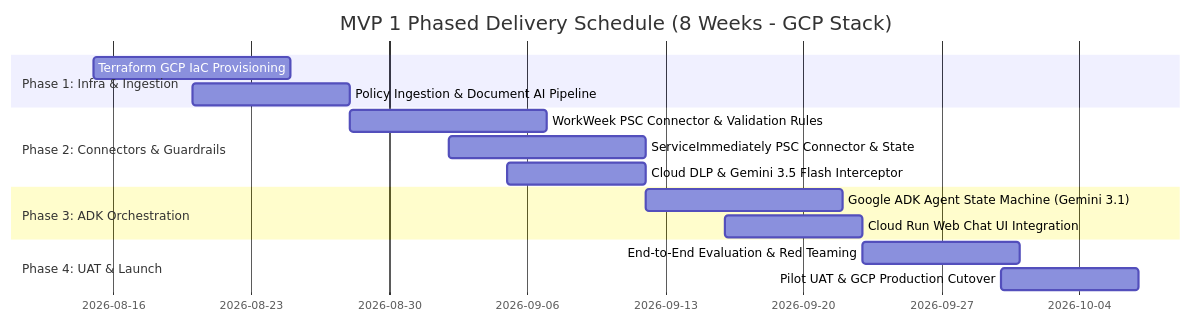
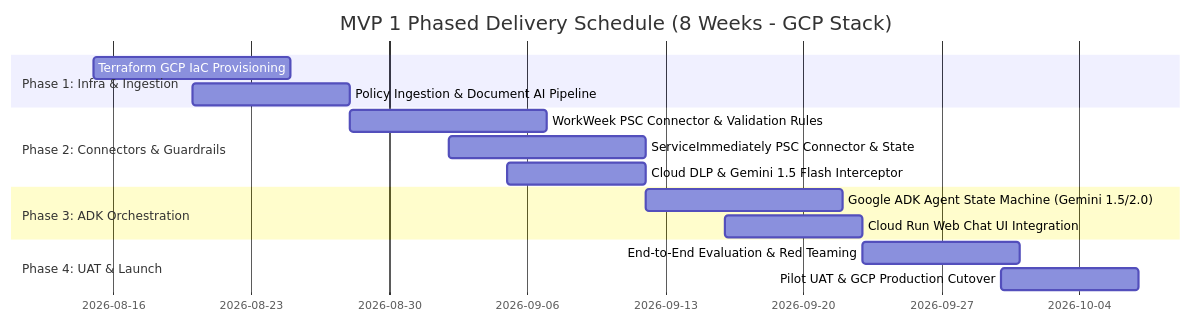
Before and after one commit to SushantJagdale/elevate-hr-agentic-solution: the ninth of 10 diagrams in Consolidated_SDD.md, drawn with Mermaid. The commit also changed other lines of this file, not shown here.

````diff
--- a/Consolidated_SDD.md
+++ b/Consolidated_SDD.md
@@ -624,18 +625,18 @@
 ```mermaid
 gantt
     title MVP 1 Phased Delivery Schedule (8 Weeks - GCP Stack)
     dateFormat  YYYY-MM-DD
     section Phase 1: Infra & Ingestion
     Terraform GCP IaC Provisioning            :p1_1, 2026-08-15, 10d
     Policy Ingestion & Document AI Pipeline   :p1_2, 2026-08-20, 8d
     section Phase 2: Connectors & Guardrails
     WorkWeek PSC Connector & Validation Rules  :p2_1, 2026-08-28, 10d
     ServiceImmediately PSC Connector & State   :p2_2, 2026-09-02, 10d
-    Cloud DLP & Gemini 3.5 Flash Interceptor   :p2_3, 2026-09-05, 7d
+    Cloud DLP & Gemini 1.5 Flash Interceptor   :p2_3, 2026-09-05, 7d
     section Phase 3: ADK Orchestration
-    Google ADK Agent State Machine (Gemini 3.1):p3_1, 2026-09-12, 10d
+    Google ADK Agent State Machine (Gemini 1.5/2.0):p3_1, 2026-09-12, 10d
     Cloud Run Web Chat UI Integration          :p3_2, 2026-09-16, 7d
     section Phase 4: UAT & Launch
     End-to-End Evaluation & Red Teaming        :p4_1, 2026-09-23, 8d
     Pilot UAT & GCP Production Cutover         :p4_2, 2026-09-30, 7d
 ```
````
